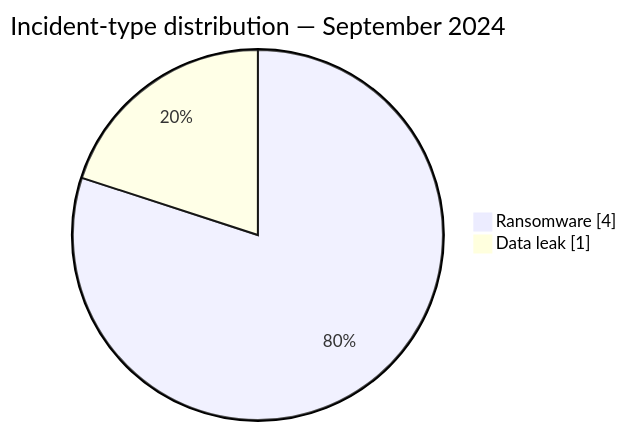
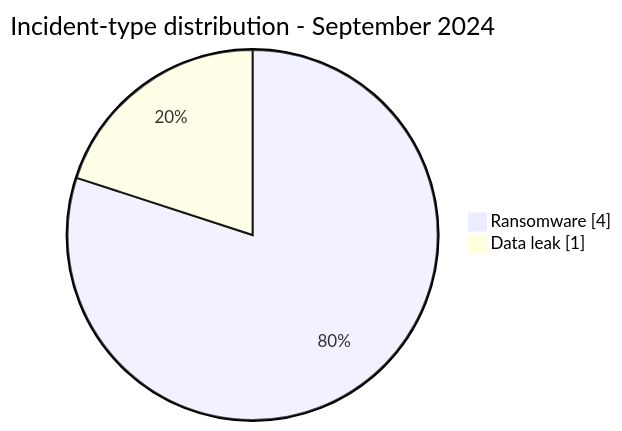
Before and after one commit to Hatchepsoute/AFRINTEL: the second of 2 diagrams in CyberAttackAfrica/2024/09-september/README.md, drawn with Mermaid. The commit also changed other lines of this file and 182 other files, not shown here.

````diff
--- a/CyberAttackAfrica/2024/09-september/README.md
+++ b/CyberAttackAfrica/2024/09-september/README.md
@@ -52,6 +52,6 @@
 ```mermaid
 pie showData
-    title Incident-type distribution — September 2024
+    title Incident-type distribution - September 2024
     "Ransomware" : 4
     "Data leak" : 1
 ```
````
